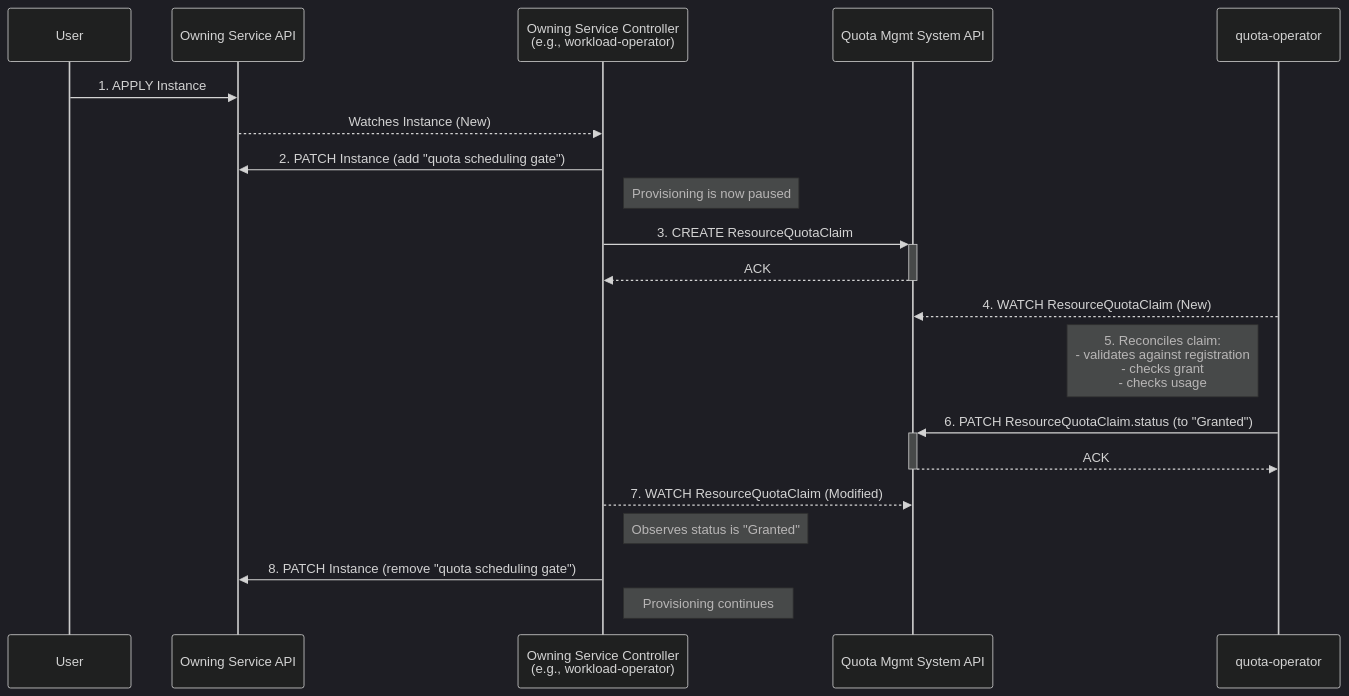
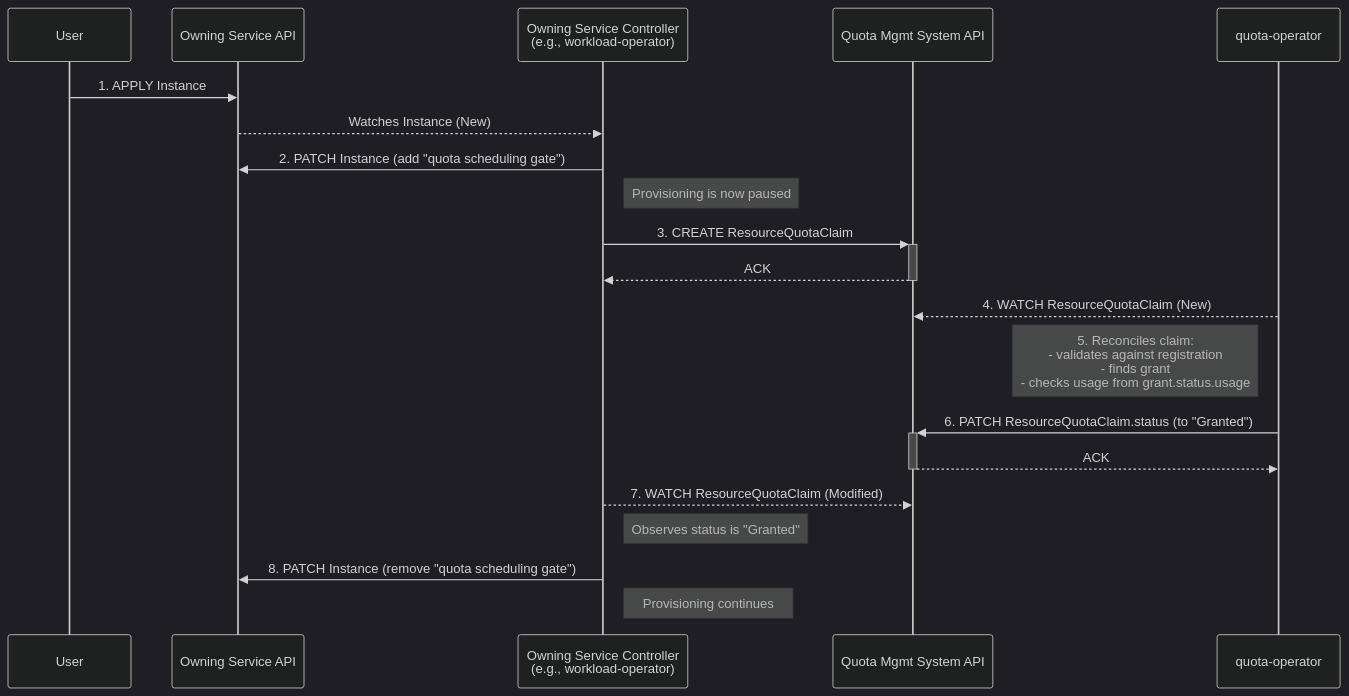
The fifth of 7 diagrams in enhancements/platform/quota-management/README.md (datum-cloud/enhancements), drawn with Mermaid (dark theme) before and after one commit. The commit also changed other lines of this file, not shown here.

Commit message:
enh(quota): re-add accidentally removed resourceRef

````diff
--- a/enhancements/platform/quota-management/README.md
+++ b/enhancements/platform/quota-management/README.md
@@ -1461,28 +1388,28 @@
 ```mermaid
 %% Sequence Diagram - Core Flow: Resource Provisioning and Quota Claim
 sequenceDiagram
     participant User
     participant OwningServiceAPI as Owning Service API
     participant OwningServiceController as Owning Service Controller <br> (e.g., workload-operator)
     participant QuotaAPI as Quota Mgmt System API
     participant QuotaOperator as quota-operator
 
     User->>OwningServiceAPI: 1. APPLY Instance
     OwningServiceAPI-->>OwningServiceController: Watches Instance (New)
     OwningServiceController->>OwningServiceAPI: 2. PATCH Instance (add "quota scheduling gate")
     note right of OwningServiceController: Provisioning is now paused
 
     OwningServiceController->>+QuotaAPI: 3. CREATE ResourceQuotaClaim
     QuotaAPI-->>-OwningServiceController: ACK
 
     QuotaOperator-->>QuotaAPI: 4. WATCH ResourceQuotaClaim (New)
-    note left of QuotaOperator: 5. Reconciles claim: <br/>- validates against registration <br/>- checks grant <br/>- checks usage
+    note left of QuotaOperator: 5. Reconciles claim: <br/>- validates against registration <br/>- finds grant <br/>- checks usage from grant.status.usage
     QuotaOperator->>+QuotaAPI: 6. PATCH ResourceQuotaClaim.status (to "Granted")
     QuotaAPI-->>-QuotaOperator: ACK
 
     OwningServiceController-->>QuotaAPI: 7. WATCH ResourceQuotaClaim (Modified)
     note right of OwningServiceController: Observes status is "Granted"
 
     OwningServiceController->>OwningServiceAPI: 8. PATCH Instance (remove "quota scheduling gate")
     note right of OwningServiceController: Provisioning continues
 ```
````
